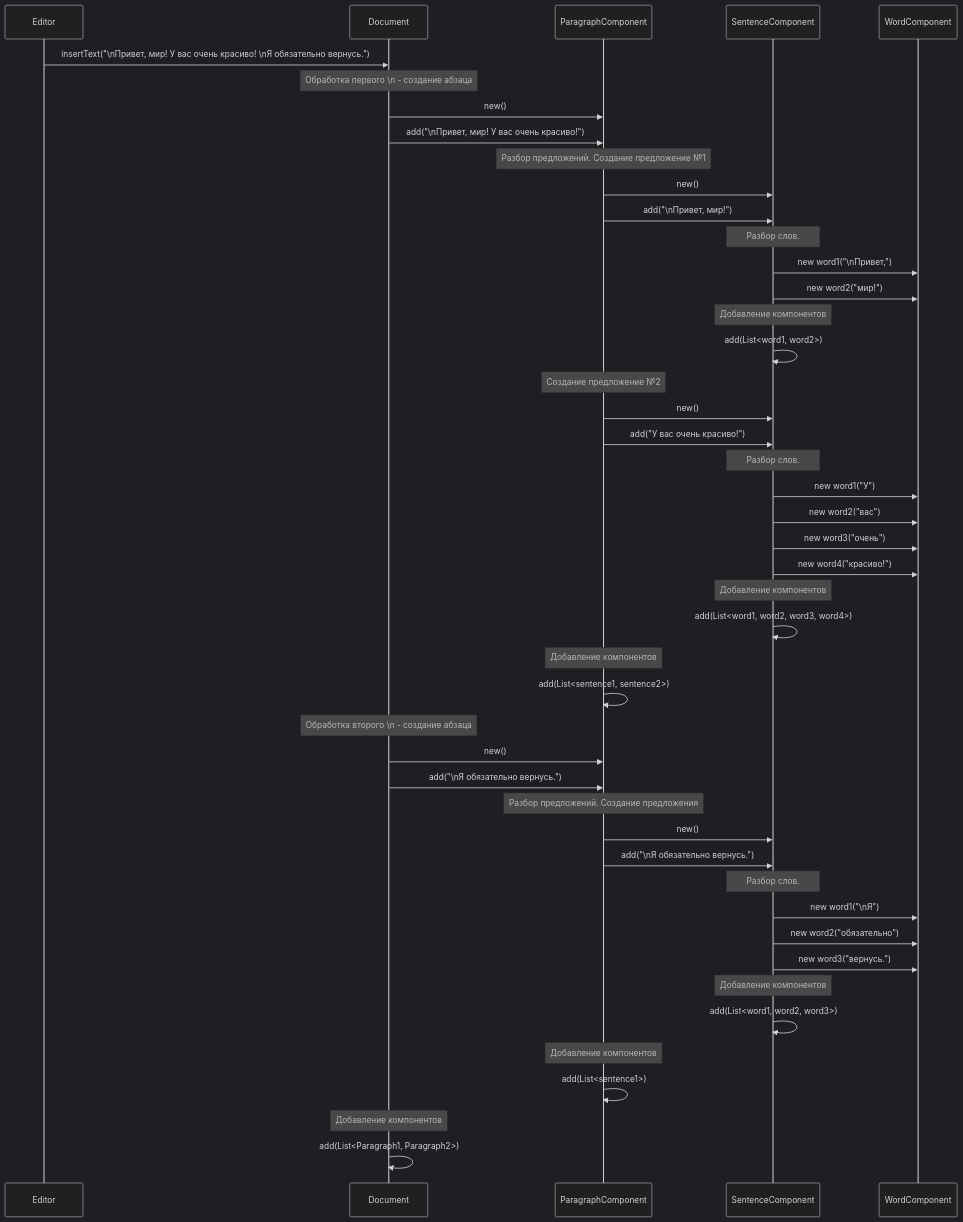
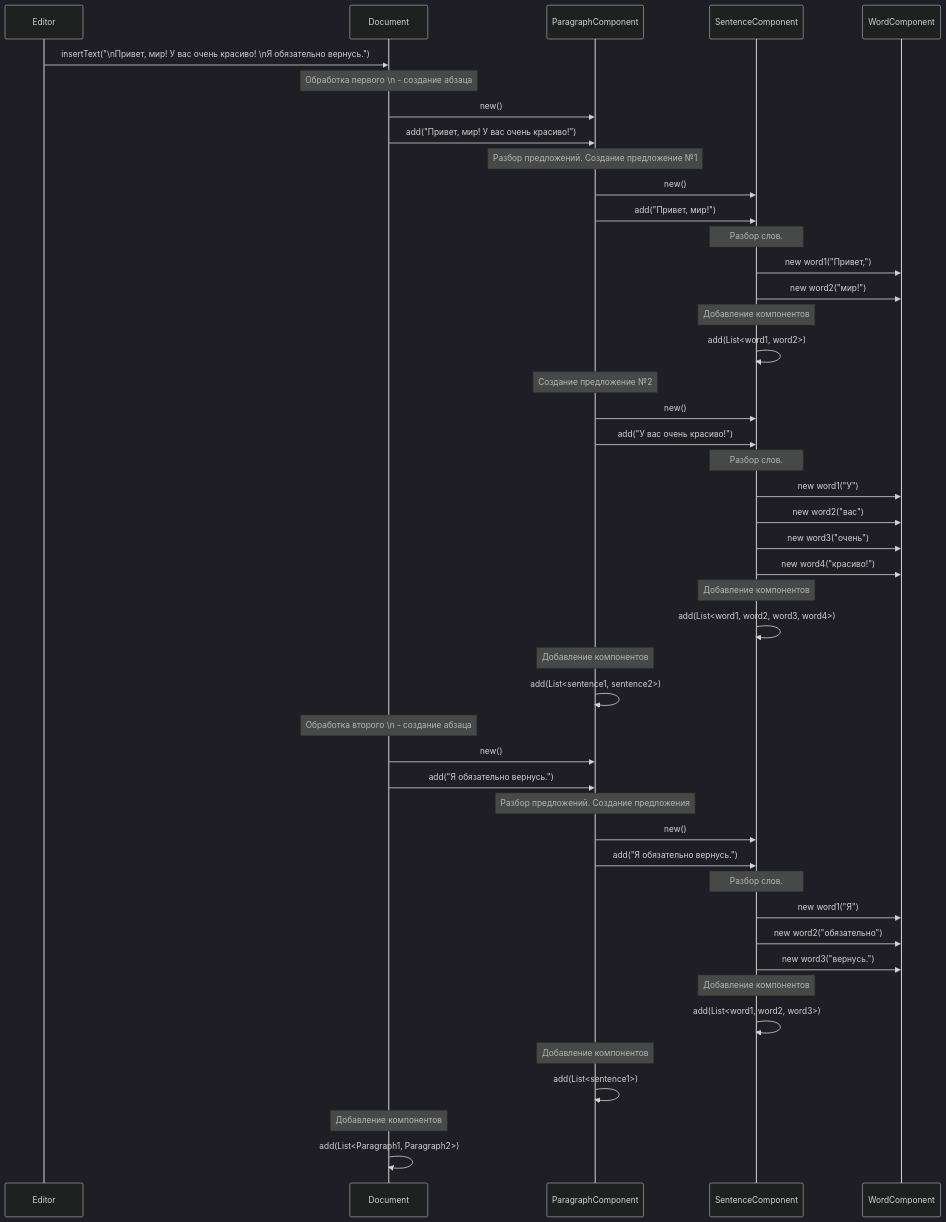
Before and after one commit to penamarth/bsbo-16-23_team5_var11_textedit: the diagram in Документация/Преценденты/Редактирование текста/Диаграмма последовательностей.md, drawn with Mermaid (dark theme).

Commit message:
Update Диаграмма последовательностей для вставки текста.md

````diff
--- a/Документация/Преценденты/Редактирование текста/Диаграмма последовательностей.md
+++ b/Документация/Преценденты/Редактирование текста/Диаграмма последовательностей.md
@@ -3,64 +3,64 @@
 ```mermaid
 sequenceDiagram
     participant Editor
     participant Document
     participant ParagraphComponent
     participant SentenceComponent
     participant WordComponent
 
     Editor->>Document: insertText("\nПривет, мир! У вас очень красиво! \nЯ обязательно вернусь.")
     
     
     Note over Document: Обработка первого \n - создание абзаца
     Document->>ParagraphComponent: new()
-    Document->>ParagraphComponent: add("\nПривет, мир! У вас очень красиво!")
+    Document->>ParagraphComponent: add("Привет, мир! У вас очень красиво!")
     
     Note over ParagraphComponent: Разбор предложений. Создание предложение №1
     ParagraphComponent->>SentenceComponent: new()
-    ParagraphComponent->>SentenceComponent:add("\nПривет, мир!")
+    ParagraphComponent->>SentenceComponent:add("Привет, мир!")
     
     Note over SentenceComponent: Разбор слов.
-    SentenceComponent->>WordComponent: new word1("\nПривет,")
+    SentenceComponent->>WordComponent: new word1("Привет,")
     SentenceComponent->>WordComponent: new word2("мир!")
 
     Note over SentenceComponent: Добавление компонентов
     SentenceComponent->>SentenceComponent: add(List<word1, word2>)
 
     Note over ParagraphComponent: Создание предложение №2
     ParagraphComponent->>SentenceComponent: new()
     ParagraphComponent->>SentenceComponent:add("У вас очень красиво!")
     
     Note over SentenceComponent: Разбор слов.
     SentenceComponent->>WordComponent: new word1("У")
     SentenceComponent->>WordComponent: new word2("вас")
     SentenceComponent->>WordComponent: new word3("очень")
     SentenceComponent->>WordComponent: new word4("красиво!")
 
     Note over SentenceComponent: Добавление компонентов
     SentenceComponent->>SentenceComponent: add(List<word1, word2, word3, word4>)
 
     Note over ParagraphComponent: Добавление компонентов
     ParagraphComponent->>ParagraphComponent: add(List<sentence1, sentence2>)
 
     Note over Document: Обработка второго \n - создание абзаца
     Document->>ParagraphComponent: new()
-    Document->>ParagraphComponent: add("\nЯ обязательно вернусь.")
+    Document->>ParagraphComponent: add("Я обязательно вернусь.")
     
     Note over ParagraphComponent: Разбор предложений. Создание предложения
     ParagraphComponent->>SentenceComponent: new()
-    ParagraphComponent->>SentenceComponent:add("\nЯ обязательно вернусь.")
+    ParagraphComponent->>SentenceComponent:add("Я обязательно вернусь.")
     
     Note over SentenceComponent: Разбор слов.
-    SentenceComponent->>WordComponent: new word1("\nЯ")
+    SentenceComponent->>WordComponent: new word1("Я")
     SentenceComponent->>WordComponent: new word2("обязательно")
     SentenceComponent->>WordComponent: new word3("вернусь.")
 
     Note over SentenceComponent: Добавление компонентов
     SentenceComponent->>SentenceComponent: add(List<word1, word2, word3>)
 
     Note over ParagraphComponent: Добавление компонентов
     ParagraphComponent->>ParagraphComponent: add(List<sentence1>)
 
     Note over Document: Добавление компонентов
     Document->>Document: add(List<Paragraph1, Paragraph2>)
 ```
````
